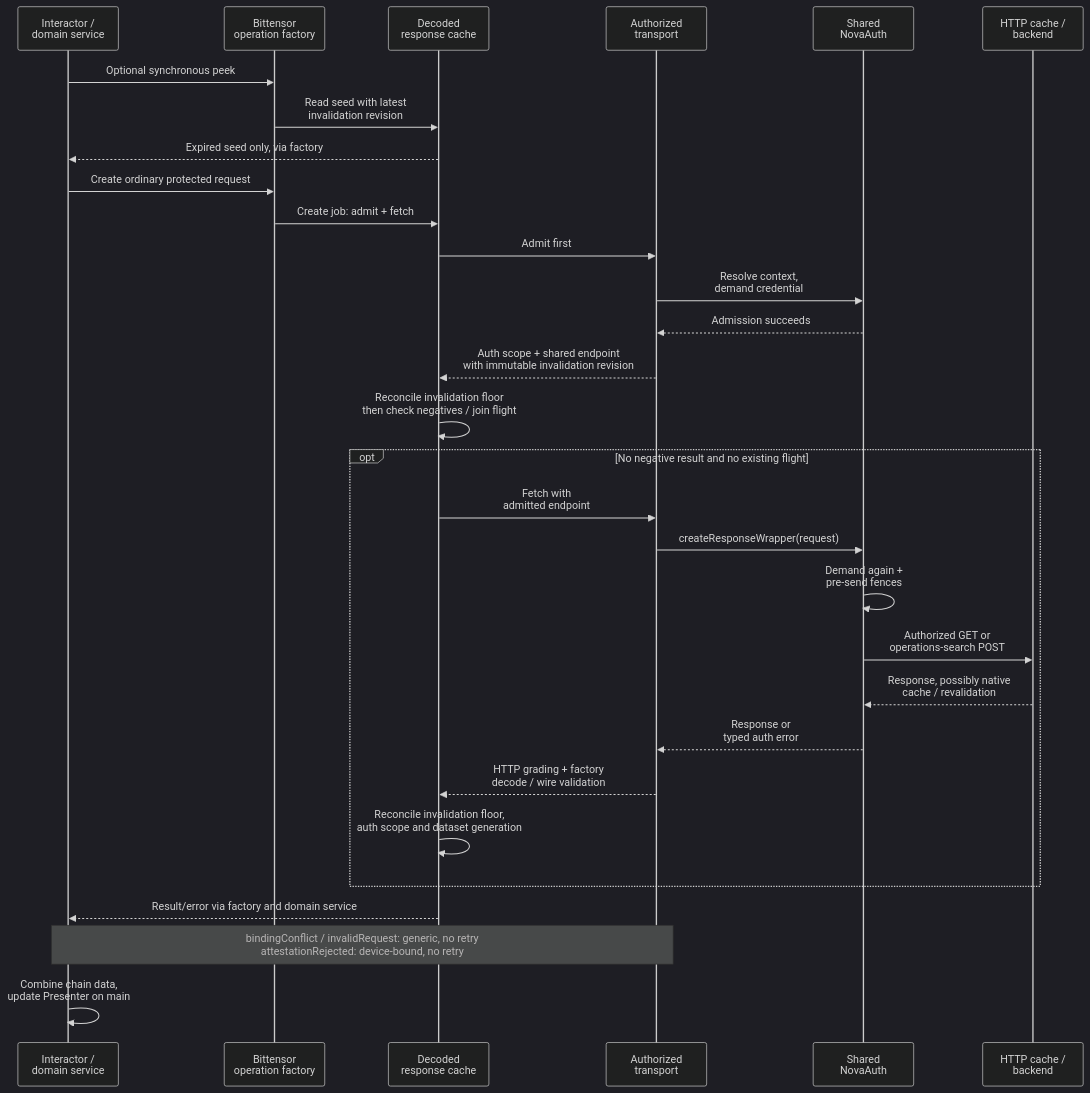
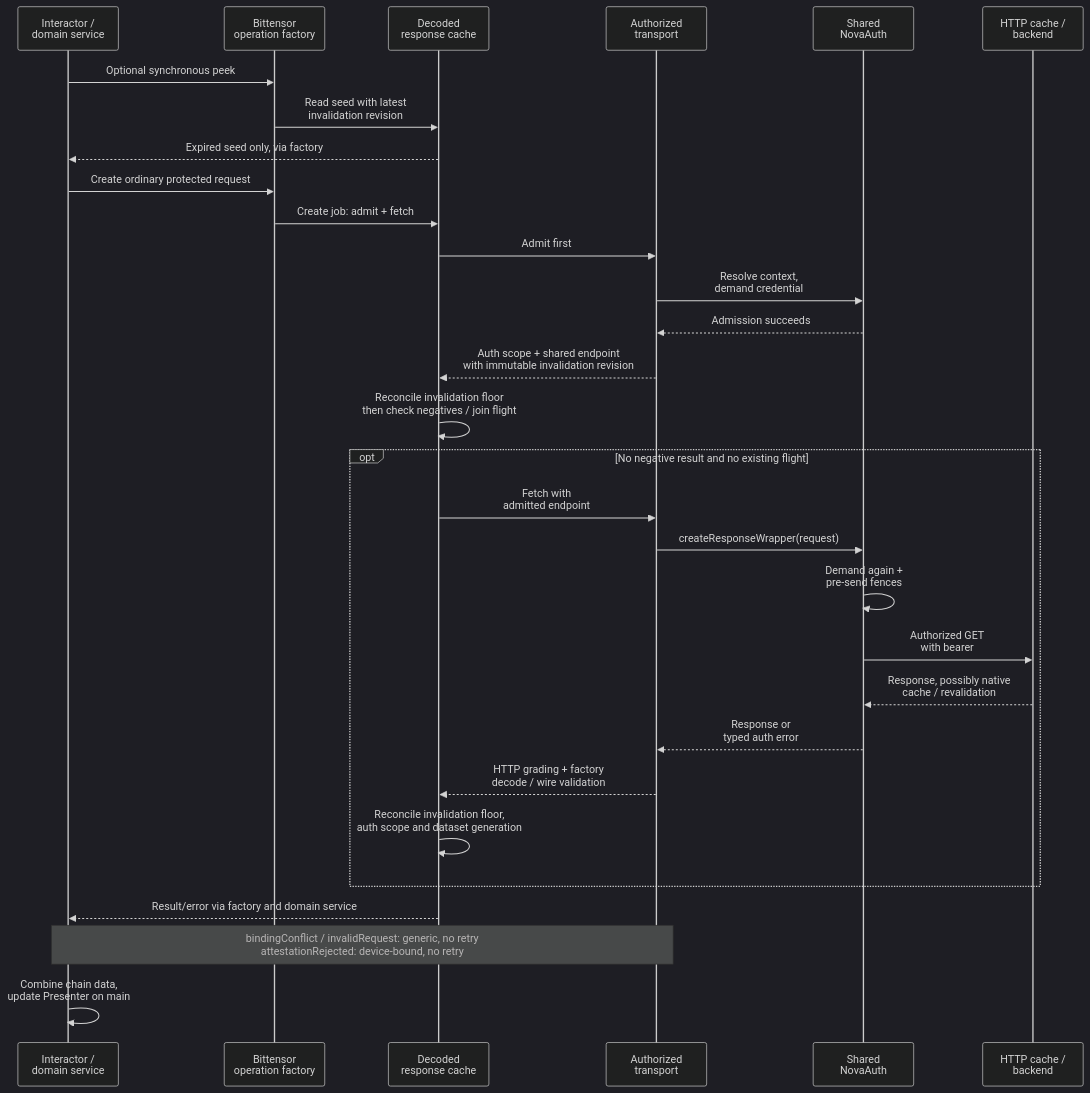
Before and after one commit to novasamatech/nova-wallet-ios: the eighth of 9 diagrams in .claude/docs/architecture/novaauth-client-diagrams.md, drawn with Mermaid (dark theme). The commit also changed other lines of this file and 8 other files, not shown here.

Commit message:
send bittensor operations search as get

````diff
--- a/.claude/docs/architecture/novaauth-client-diagrams.md
+++ b/.claude/docs/architecture/novaauth-client-diagrams.md
@@ -284,32 +284,32 @@
 ```mermaid
 sequenceDiagram
   participant UI as Interactor /<br/>domain service
   participant F as Bittensor<br/>operation factory
   participant C as Decoded<br/>response cache
   participant T as Authorized<br/>transport
   participant N as Shared<br/>NovaAuth
   participant H as HTTP cache /<br/>backend
   UI->>F: Optional synchronous peek
   F->>C: Read seed with latest<br/>invalidation revision
   C-->>UI: Expired seed only, via factory
   UI->>F: Create ordinary protected request
   F->>C: Create job: admit + fetch
   C->>T: Admit first
   T->>N: Resolve context,<br/>demand credential
   N-->>T: Admission succeeds
   T-->>C: Auth scope + shared endpoint<br/>with immutable invalidation revision
   C->>C: Reconcile invalidation floor<br/>then check negatives / join flight
   opt No negative result and no existing flight
     C->>T: Fetch with<br/>admitted endpoint
     T->>N: createResponseWrapper(request)
     N->>N: Demand again +<br/>pre-send fences
-    N->>H: Authorized GET or<br/>operations-search POST
+    N->>H: Authorized GET<br/>with bearer
     H-->>N: Response, possibly native<br/>cache / revalidation
     N-->>T: Response or<br/>typed auth error
     T-->>C: HTTP grading + factory<br/>decode / wire validation
     C->>C: Reconcile invalidation floor,<br/>auth scope and dataset generation
   end
   C-->>UI: Result/error via factory and domain service
   Note over T,UI: bindingConflict / invalidRequest: generic, no retry<br/>attestationRejected: device-bound, no retry
   UI->>UI: Combine chain data,<br/>update Presenter on main
 ```
````
